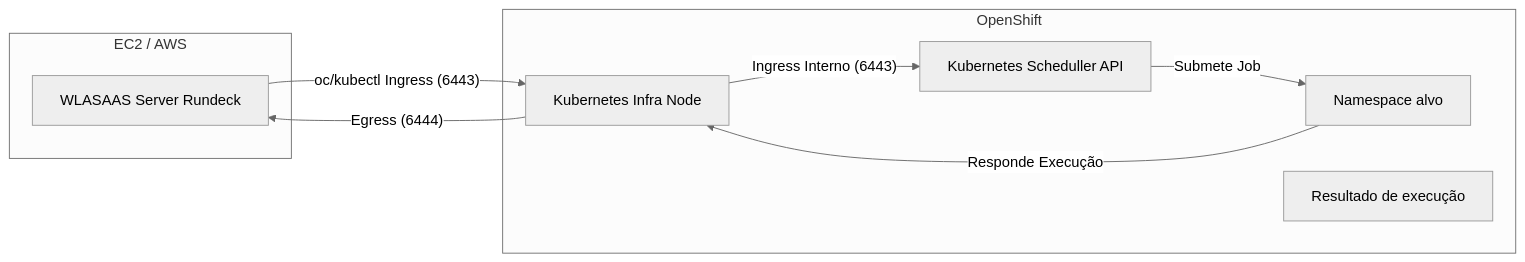
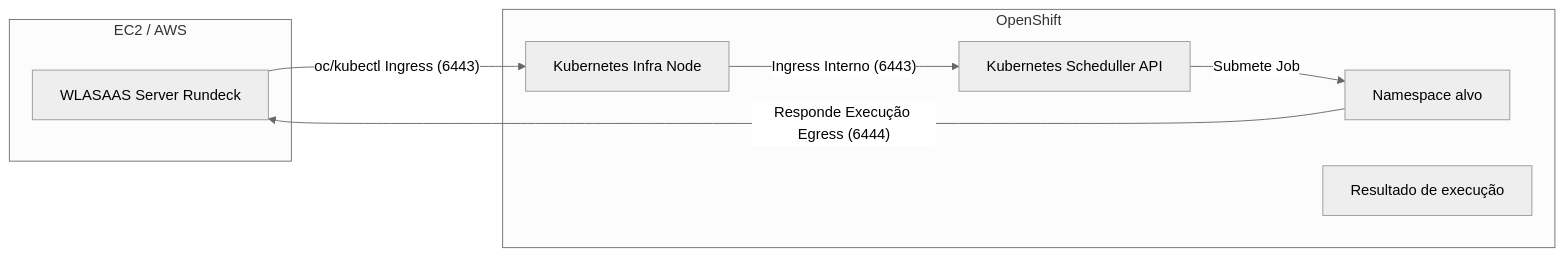
Before and after one commit to mbenedicto99/CTM_OCP: the diagram in README.md, drawn with Mermaid (neutral theme).

Commit message:
WLASaaS->OCP 20250912

````diff
--- a/README.md
+++ b/README.md
@@ -127,20 +127,19 @@
 ```mermaid
 flowchart LR
   subgraph AWS["EC2 / AWS"]
     CM["WLASAAS Server Rundeck"]
   end
 
   subgraph OCP["OpenShift"]
     IN["Kubernetes Infra Node"]
     API["Kubernetes Scheduller API"]
     NS["Namespace alvo"]
     AG["Resultado de execução"]
   end
 
   CM -- "oc/kubectl Ingress (6443)" --> IN
   IN -- "Ingress Interno (6443)" --> API
   API -- "Submete Job" --> NS
 
-  NS -- "Responde Execução" --> IN
-  IN -- "Egress (6444)" --> CM
+  NS -- "Responde Execução Egress (6444)" --> CM
 ```
````
